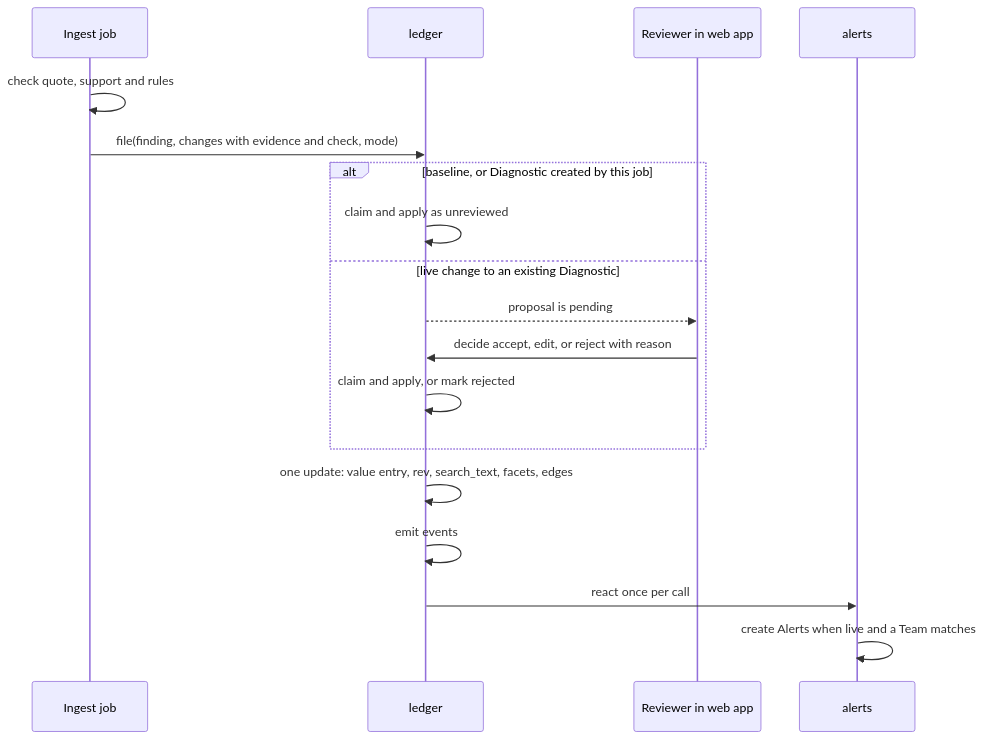
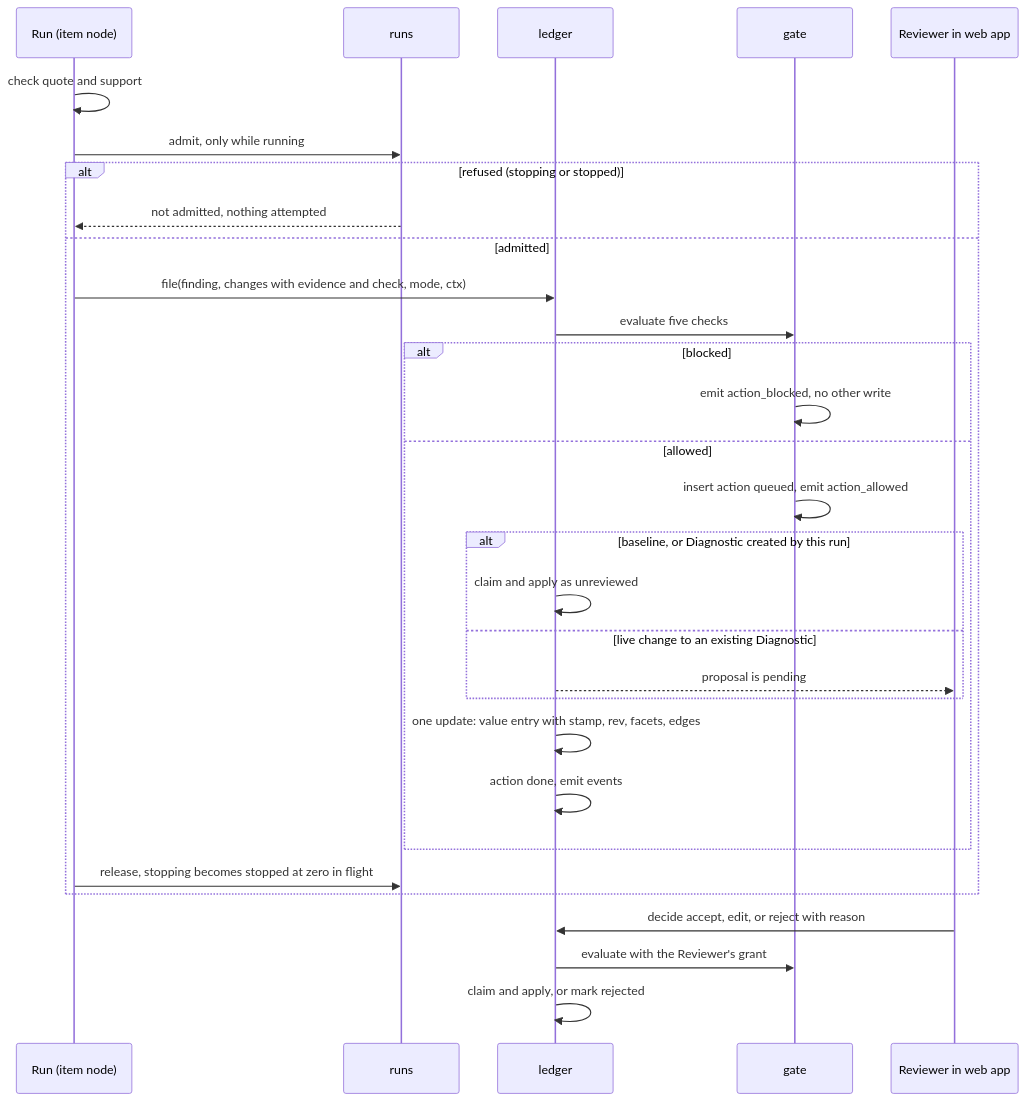
Before and after one commit to lutic1/agents-in-context-toronto: the third of 5 diagrams in _bmad-output/planning-artifacts/architecture/architecture-agents-in-context-toronto-2026-11-13/ARCHITECTURE-SPINE.md, drawn with Mermaid. The commit also changed other lines of this file and 86 other files, not shown here.

````diff
--- a/_bmad-output/planning-artifacts/architecture/architecture-agents-in-context-toronto-2026-11-13/ARCHITECTURE-SPINE.md
+++ b/_bmad-output/planning-artifacts/architecture/architecture-agents-in-context-toronto-2026-11-13/ARCHITECTURE-SPINE.md
@@ -385,20 +554,32 @@
 ```mermaid
 sequenceDiagram
-  participant J as Ingest job
+  participant J as Run (item node)
+  participant RN as runs
   participant L as ledger
+  participant G as gate
   participant R as Reviewer in web app
-  participant A as alerts
-  J->>J: check quote, support and rules
-  J->>L: file(finding, changes with evidence and check, mode)
-  alt baseline, or Diagnostic created by this job
-    L->>L: claim and apply as unreviewed
-  else live change to an existing Diagnostic
-    L-->>R: proposal is pending
-    R->>L: decide accept, edit, or reject with reason
-    L->>L: claim and apply, or mark rejected
+  J->>J: check quote and support
+  J->>RN: admit, only while running
+  alt refused (stopping or stopped)
+    RN-->>J: not admitted, nothing attempted
+  else admitted
+    J->>L: file(finding, changes with evidence and check, mode, ctx)
+    L->>G: evaluate five checks
+    alt blocked
+      G->>G: emit action_blocked, no other write
+    else allowed
+      G->>G: insert action queued, emit action_allowed
+      alt baseline, or Diagnostic created by this run
+        L->>L: claim and apply as unreviewed
+      else live change to an existing Diagnostic
+        L-->>R: proposal is pending
+      end
+      L->>L: one update: value entry with stamp, rev, facets, edges
+      L->>L: action done, emit events
+    end
+    J->>RN: release, stopping becomes stopped at zero in flight
   end
-  L->>L: one update: value entry, rev, search_text, facets, edges
-  L->>L: emit events
-  L->>A: react once per call
-  A->>A: create Alerts when live and a Team matches
+  R->>L: decide accept, edit, or reject with reason
+  L->>G: evaluate with the Reviewer's grant
+  L->>L: claim and apply, or mark rejected
 ```
````
